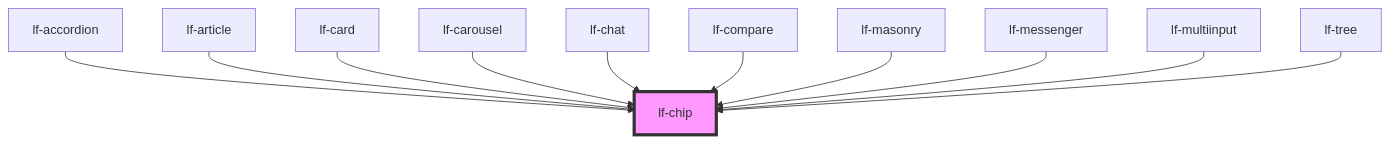
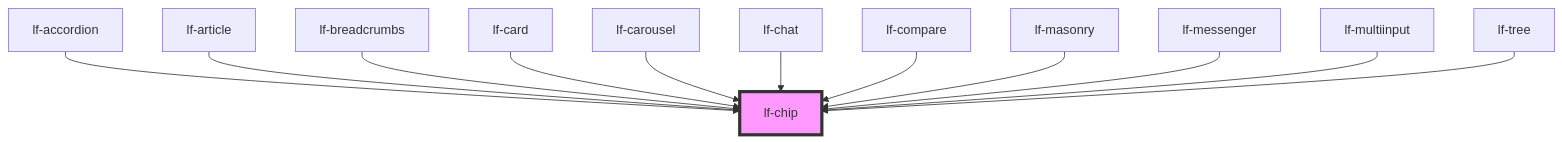
The diagram in packages/core/src/components/lf-chip/readme.md (lucafoscili/lf-widgets), drawn with Mermaid before and after one commit. The commit also changed other lines of this file and 17 other files, not shown here.

````diff
--- a/packages/core/src/components/lf-chip/readme.md
+++ b/packages/core/src/components/lf-chip/readme.md
@@ -152,14 +153,15 @@
 ```mermaid
 graph TD;
   lf-accordion --> lf-chip
   lf-article --> lf-chip
+  lf-breadcrumbs --> lf-chip
   lf-card --> lf-chip
   lf-carousel --> lf-chip
   lf-chat --> lf-chip
   lf-compare --> lf-chip
   lf-masonry --> lf-chip
   lf-messenger --> lf-chip
   lf-multiinput --> lf-chip
   lf-tree --> lf-chip
   style lf-chip fill:#f9f,stroke:#333,stroke-width:4px
 ```
````
